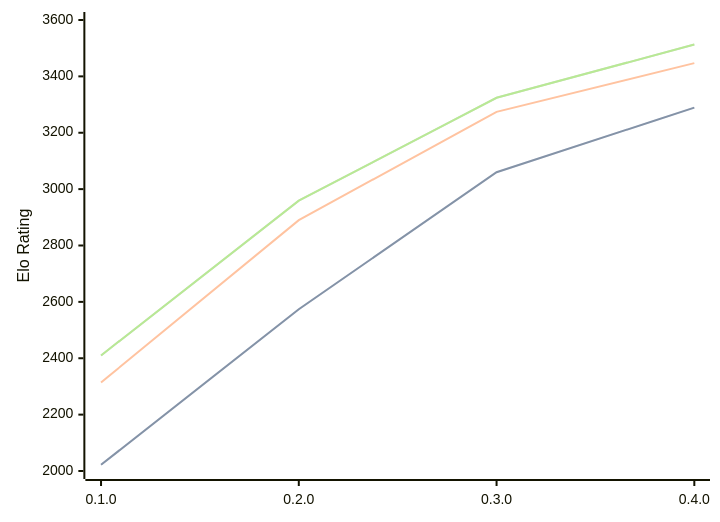
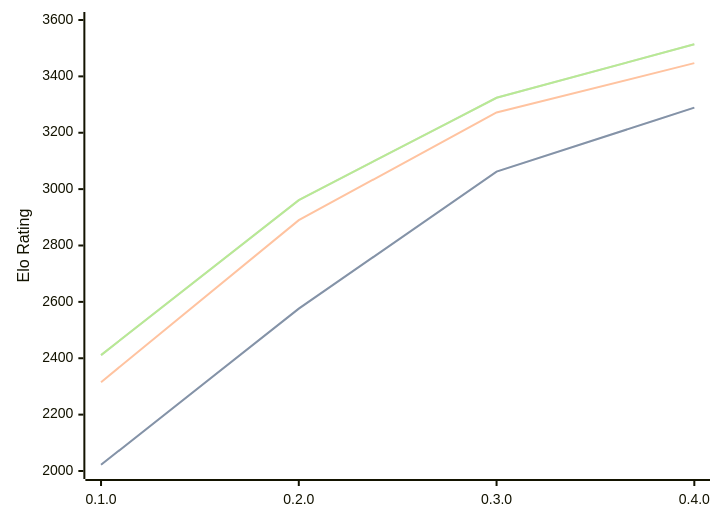
The diagram in engines/Justbot.md (computer-chess-index/cci), drawn with Mermaid before and after one commit. The commit also changed other lines of this file, not shown here.

Commit message:
Update CCI Ratings (ELO VLTC) - 2026-09-07

````diff
--- a/engines/Justbot.md
+++ b/engines/Justbot.md
@@ -34,11 +34,11 @@
 ```mermaid
 %%{init: {"theme":"base","themeVariables":{"seriesColors:['#a3a3a3','#222221','#faa371']}}}%%
 xychart-beta
   x-axis ["0.1.0", "0.2.0", "0.3.0", "0.4.0"]
   y-axis "Elo Rating" 2000 --> 3600
-  line "" [2022, 2574, 3060, 3289]
-  line "STC (8.0+0.08s)" [2022, 2574, 3060, 3289]
-  line "LTC (60.0+0.60s)" [2314, 2890, 3274, 3447]
-  line "" [2410, 2959, 3324, 3513]
-  line "VLTC (2m24s+1.12s)" [2410, 2959, 3324, 3513]
+  line "" [2022, 2576, 3062, 3289]
+  line "STC (8.0+0.08s)" [2022, 2576, 3062, 3289]
+  line "LTC (60.0+0.60s)" [2315, 2890, 3272, 3447]
+  line "" [2411, 2961, 3324, 3514]
+  line "VLTC (2m24s+1.12s)" [2411, 2961, 3324, 3514]
 ```
````
